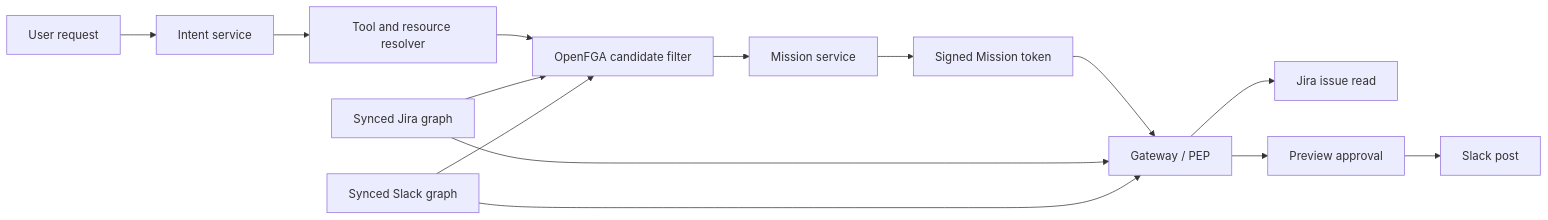
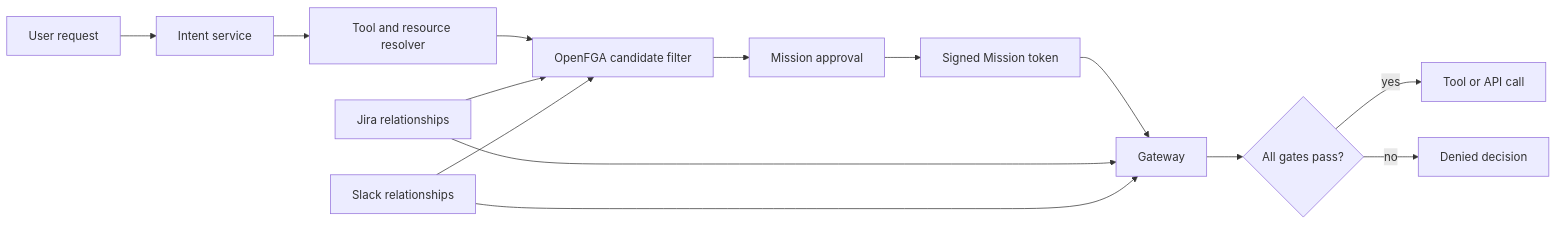
The diagram in README.md (Siddhant-K-code/openfga-mission-gateway), drawn with Mermaid before and after one commit. The commit also changed other lines of this file, not shown here.

Commit message:
Strengthen Mission gateway documentation

````diff
--- a/README.md
+++ b/README.md
@@ -40,18 +75,18 @@
 ```mermaid
 flowchart LR
     U[User request] --> I[Intent service]
     I --> R[Tool and resource resolver]
     R --> F[OpenFGA candidate filter]
-    F --> M[Mission service]
+    F --> M[Mission approval]
     M --> T[Signed Mission token]
-    T --> G[Gateway / PEP]
+    T --> G[Gateway]
 
-    J[Synced Jira graph] --> F
-    S[Synced Slack graph] --> F
+    J[Jira relationships] --> F
+    S[Slack relationships] --> F
     J --> G
     S --> G
 
-    G --> JR[Jira issue read]
-    G --> P[Preview approval]
-    P --> SP[Slack post]
+    G --> C{All gates pass?}
+    C -->|yes| A[Tool or API call]
+    C -->|no| D[Denied decision]
 ```
````
